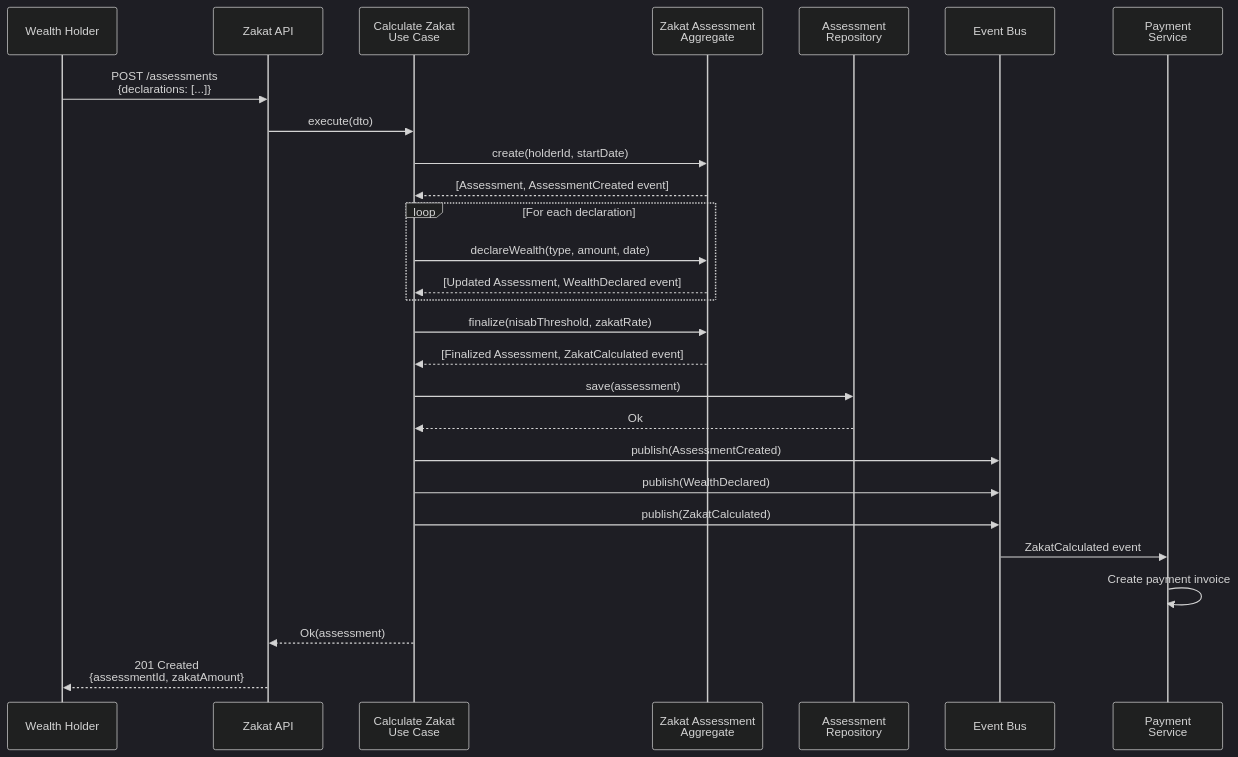
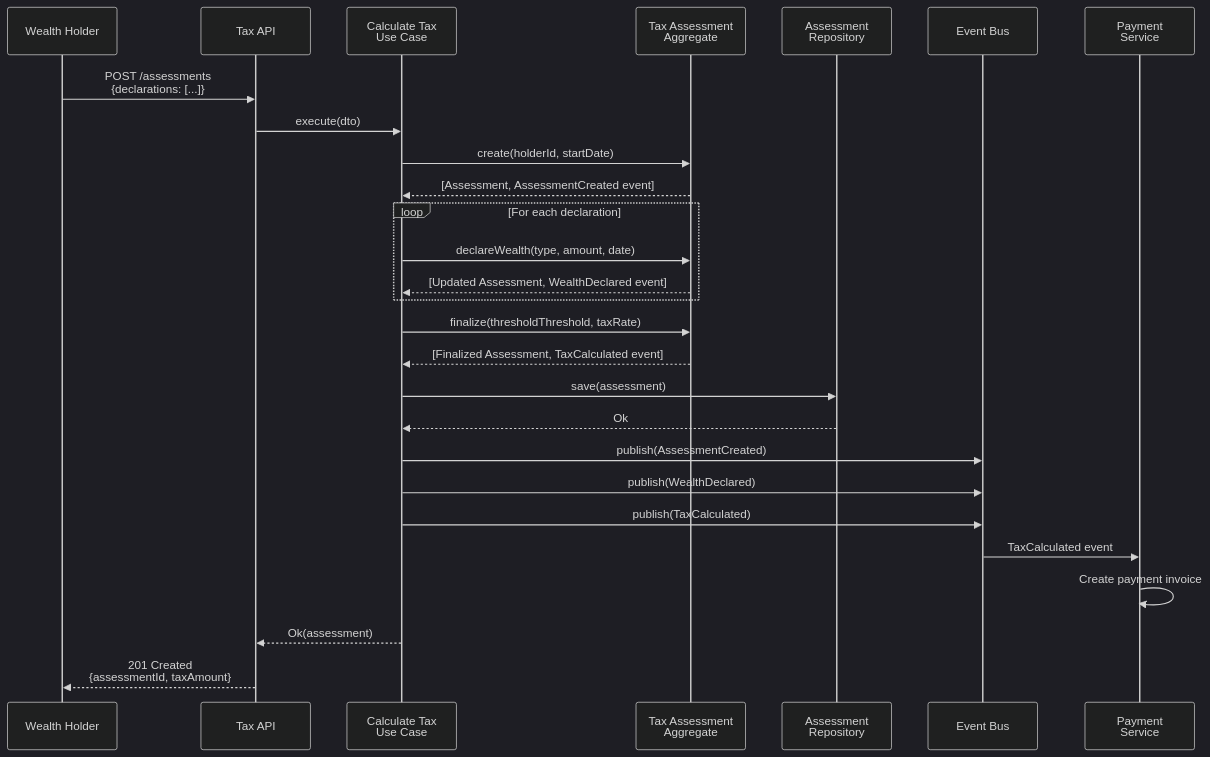
The fourth of 13 diagrams in docs/explanation/software/architecture/domain-driven-design-ddd/ex-so-ar-dodrdedd__17-ddd-and-c4-integration.md (wahidyankf/open-sharia-enterprise), drawn with Mermaid (dark theme) before and after one commit. The commit also changed other lines of this file and 94 other files, not shown here.

````diff
--- a/docs/explanation/software/architecture/domain-driven-design-ddd/ex-so-ar-dodrdedd__17-ddd-and-c4-integration.md
+++ b/docs/explanation/software/architecture/domain-driven-design-ddd/ex-so-ar-dodrdedd__17-ddd-and-c4-integration.md
@@ -179,37 +179,37 @@
 ```mermaid
 sequenceDiagram
     participant WH as Wealth Holder
-    participant API as Zakat API
-    participant UC as Calculate Zakat<br/>Use Case
-    participant Agg as Zakat Assessment<br/>Aggregate
+    participant API as Tax API
+    participant UC as Calculate Tax<br/>Use Case
+    participant Agg as Tax Assessment<br/>Aggregate
     participant Repo as Assessment<br/>Repository
     participant Bus as Event Bus
     participant Pay as Payment<br/>Service
 
     WH->>API: POST /assessments<br/>{declarations: [...]}
     API->>UC: execute(dto)
 
     UC->>Agg: create(holderId, startDate)
     Agg-->>UC: [Assessment, AssessmentCreated event]
 
     loop For each declaration
         UC->>Agg: declareWealth(type, amount, date)
         Agg-->>UC: [Updated Assessment, WealthDeclared event]
     end
 
-    UC->>Agg: finalize(nisabThreshold, zakatRate)
-    Agg-->>UC: [Finalized Assessment, ZakatCalculated event]
+    UC->>Agg: finalize(thresholdThreshold, taxRate)
+    Agg-->>UC: [Finalized Assessment, TaxCalculated event]
 
     UC->>Repo: save(assessment)
     Repo-->>UC: Ok
 
     UC->>Bus: publish(AssessmentCreated)
     UC->>Bus: publish(WealthDeclared)
-    UC->>Bus: publish(ZakatCalculated)
+    UC->>Bus: publish(TaxCalculated)
 
-    Bus->>Pay: ZakatCalculated event
+    Bus->>Pay: TaxCalculated event
     Pay->>Pay: Create payment invoice
 
     UC-->>API: Ok(assessment)
-    API-->>WH: 201 Created<br/>{assessmentId, zakatAmount}
+    API-->>WH: 201 Created<br/>{assessmentId, taxAmount}
 ```
````
